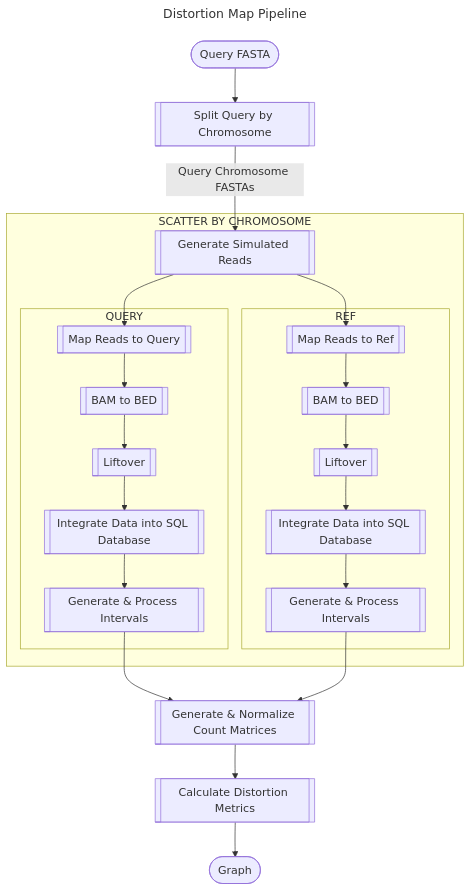
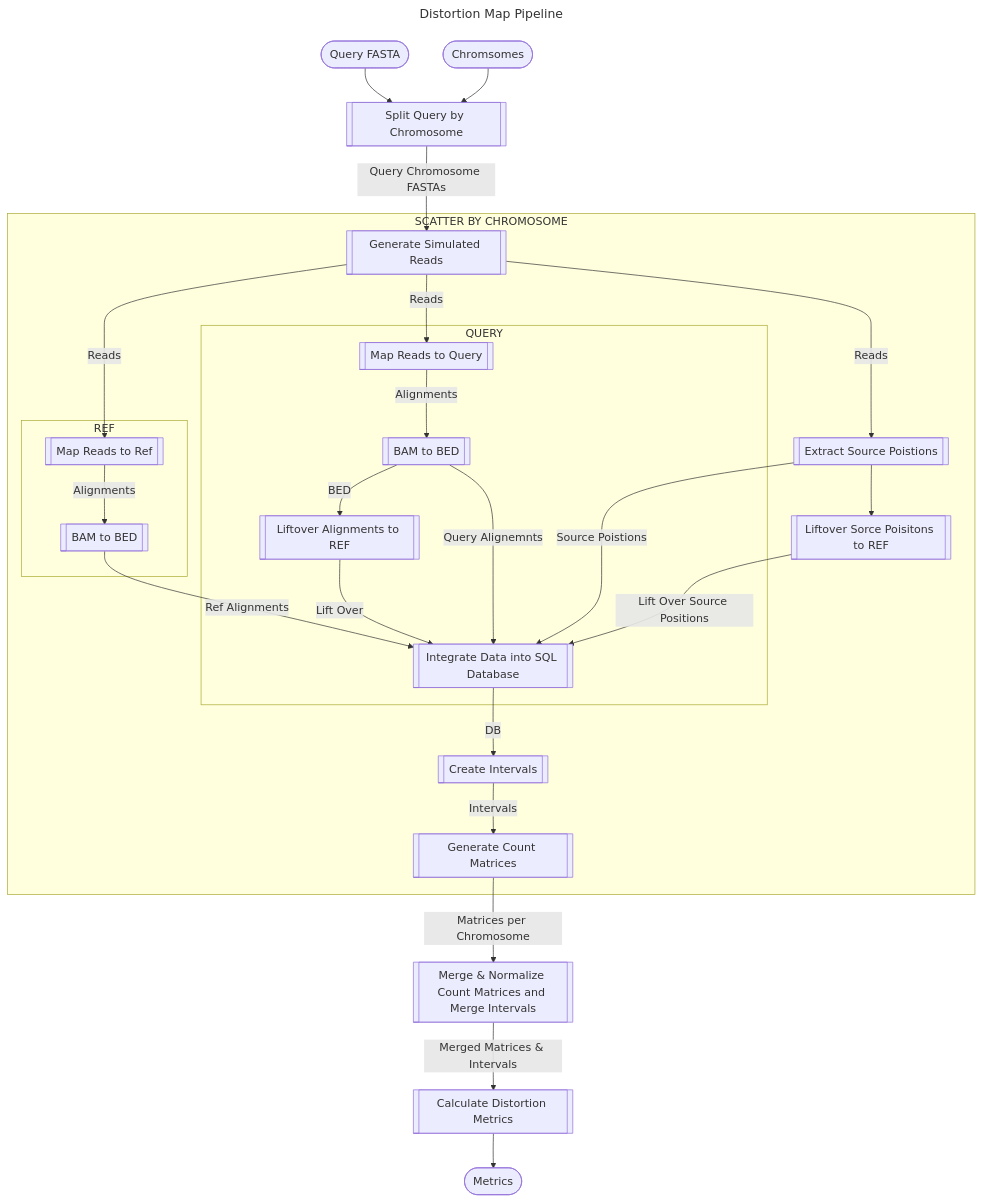
One commit to twlab/cig-pipelines changed the diagram in wdl/pipelines/distortion_map.doc.md. Above: the diagram before and after it, drawn with Mermaid.

````diff
--- a/wdl/pipelines/distortion_map.doc.md
+++ b/wdl/pipelines/distortion_map.doc.md
@@ -5,41 +5,51 @@
 ```mermaid
 ---
 title: Distortion Map Pipeline
 ---
 flowchart TB;
   i1([Query FASTA]);
+  i2([Chromsomes]);
 
   s1[[Split Query by Chromosome]];
-  s2[[Generate Simulated Reads]];
-  s31[[Map Reads to Query]];
-  s32[[Map Reads to Ref]];
-  s41[[BAM to BED]];
+  s21[[Generate Simulated Reads]];
+  s22[[Extract Source Poistions]];
+  s23[[Liftover Sorce Poisitons to REF]];
+
+  s31[[Map Reads to Ref]];
+  s32[[BAM to BED]];
+
+  s41[[Map Reads to Query]];
   s42[[BAM to BED]];
-  s51[[Liftover]];
-  s52[[Liftover]];
+  s43[[Liftover Alignments to REF]];
+
   s61[[Integrate Data into SQL Database]];
-  s62[[Integrate Data into SQL Database]];
-  s71[[Generate & Process Intervals]];
-  s72[[Generate & Process Intervals]];
-  s8[[Generate & Normalize Count Matrices]];
-  s9[[Calculate Distortion Metrics]];
+  s62[[Create Intervals]]
+  s63[[Generate Count Matrices]];
 
-  o1([Graph])
+  s101[[Merge & Normalize Count Matrices and Merge Intervals]];
+  s102[[Calculate Distortion Metrics]];
 
-  i1-->s1;
-  s1--Query Chromosome FASTAs-->s2;
+  o1([Metrics]);
+ 
+  i1-->s1; i2-->s1;
+  s1--Query Chromosome FASTAs-->s21;
   subgraph sg1 ["SCATTER BY CHROMOSOME"]
-    s2-->s31;
-    s2-->s32;
-    subgraph sgq ["QUERY"]
-      s31-->s41-->s51-->s61-->s71;
+    s21--Reads-->s31;
+    s21--Reads-->s41;
+    s21--Reads-->s22-->s23--Lift Over Source Positions-->s61;
+    s22--Source Poistions-->s61
+    subgraph sgq ["REF"]
+      s31--Alignments-->s32
     end
-    subgraph sgr ["REF"]
-      s32-->s42-->s52-->s62-->s72;
+    subgraph sgr ["QUERY"]
+      s41--Alignments-->s42--BED-->s43
+      s42--Query Alignemnts-->s61;
     end
+    s32--Ref Alignments-->s61;
+    s43--Lift Over-->s61;
+    s61--DB-->s62--Intervals-->s63;
   end
-  s71-->s8; s72-->s8;
-  s8-->s9;
+  s63--Matrices per Chromosome-->s101--Merged Matrices & Intervals-->s102
 
-  s9-->o1
+  s102-->o1
 ```
````
